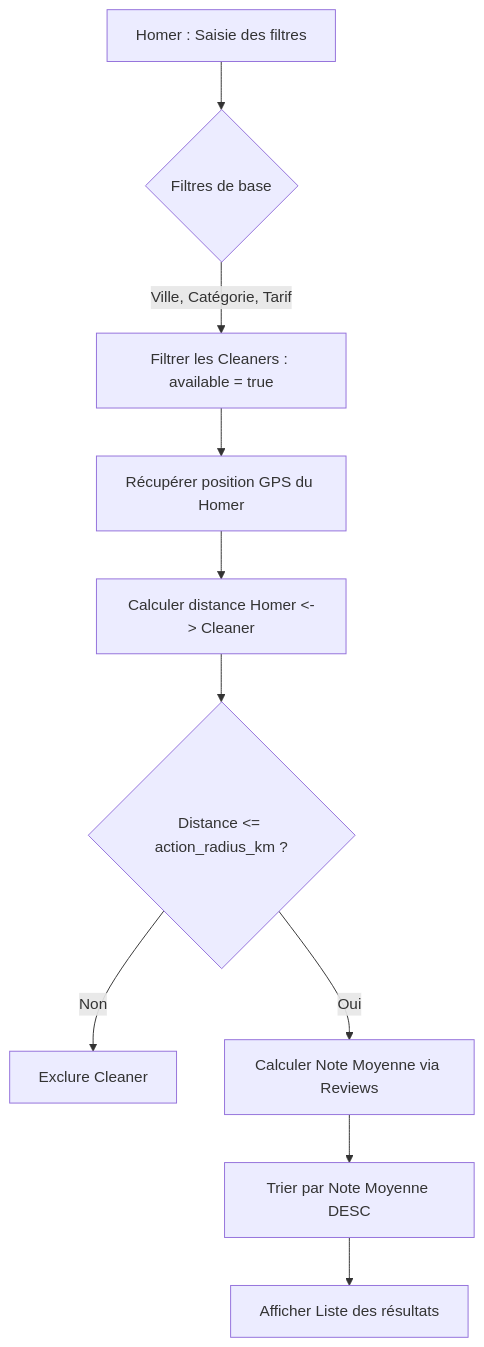
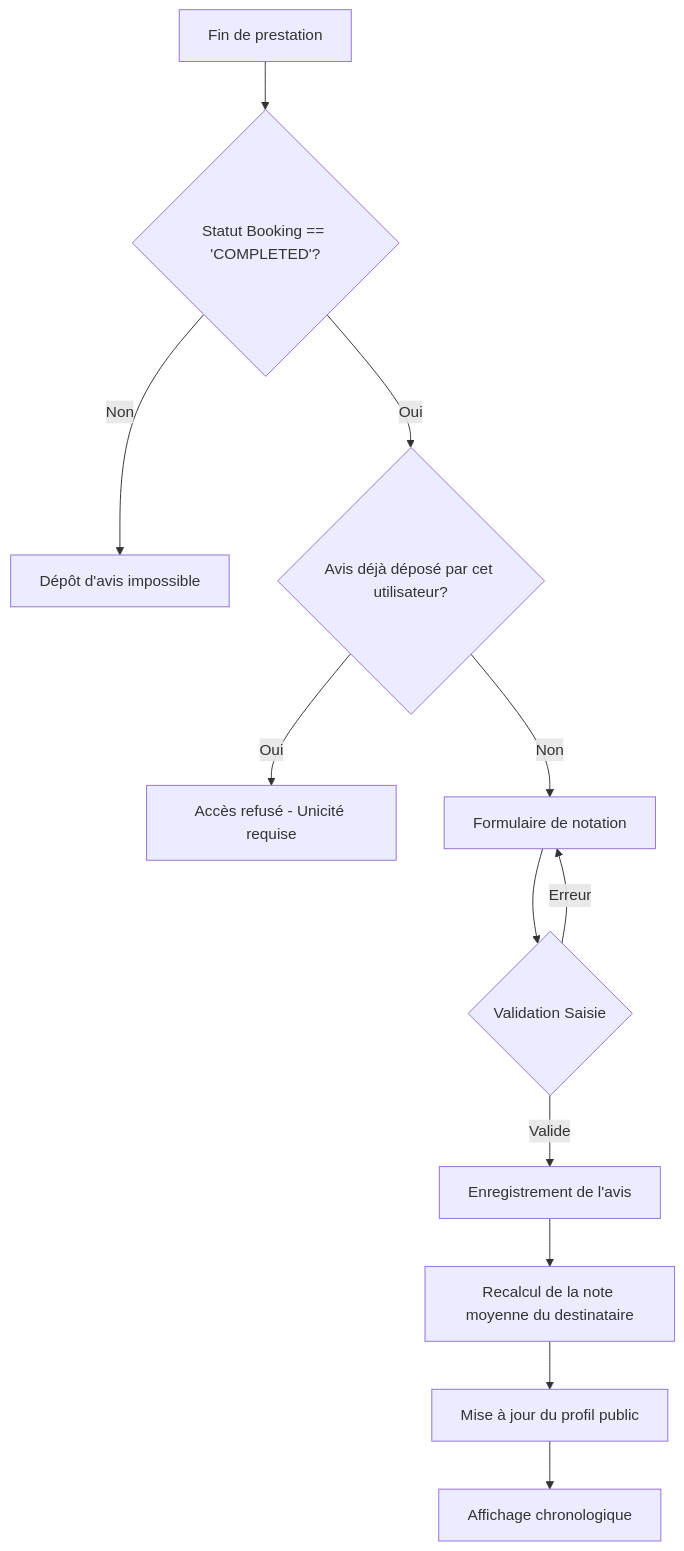
One commit to Hsaoud/sweethome changed the second of 2 diagrams in sweet-home-project/product/specs/spec-feature-auto-cycle-3.md. Above: the diagram before and after it, drawn with Mermaid. The commit also changed other lines of this file and 3 other files, not shown here.

````diff
--- a/sweet-home-project/product/specs/spec-feature-auto-cycle-3.md
+++ b/sweet-home-project/product/specs/spec-feature-auto-cycle-3.md
@@ -48,12 +35,17 @@
 ```mermaid
 graph TD
-    A[Homer : Saisie des filtres] --> B{Filtres de base}
-    B -->|Ville, Catégorie, Tarif| C[Filtrer les Cleaners : available = true]
-    C --> D[Récupérer position GPS du Homer]
-    D --> E[Calculer distance Homer <-> Cleaner]
-    E --> F{Distance <= action_radius_km ?}
-    F -->|Non| G[Exclure Cleaner]
-    F -->|Oui| H[Calculer Note Moyenne via Reviews]
-    H --> I[Trier par Note Moyenne DESC]
-    I --> J[Afficher Liste des résultats]
+    A[Fin de prestation] --> B{Statut Booking == 'COMPLETED'?}
+    B -- Non --> C[Dépôt d'avis impossible]
+    B -- Oui --> D{Avis déjà déposé par cet utilisateur?}
+    
+    D -- Oui --> E[Accès refusé - Unicité requise]
+    D -- Non --> F[Formulaire de notation]
+    
+    F --> G{Validation Saisie}
+    G -- Erreur --> F
+    G -- Valide --> H[Enregistrement de l'avis]
+    
+    H --> I[Recalcul de la note moyenne du destinataire]
+    I --> J[Mise à jour du profil public]
+    J --> K[Affichage chronologique]
 ```
````
